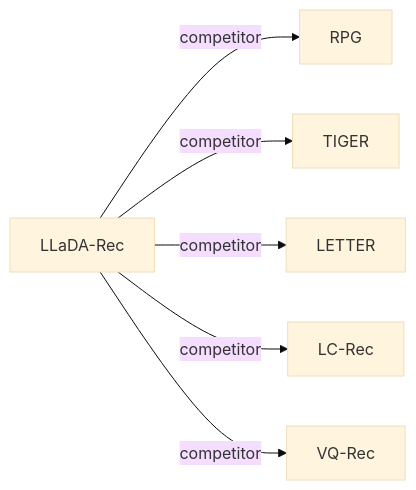
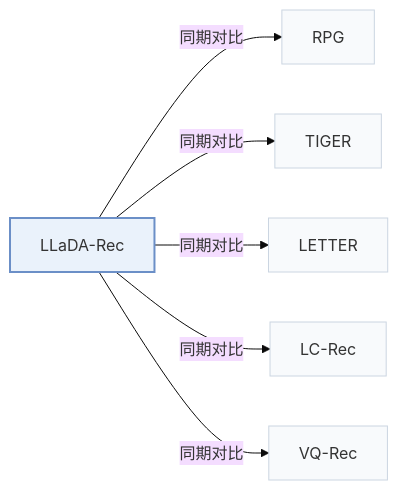
The fourth of 4 diagrams in pages/zh/papers/llada-rec.md (Galaxy-ghost/Awesome-SID-Generative-Rec), drawn with Mermaid (base theme) before and after one commit. The commit also changed other lines of this file and 649 other files, not shown here.

Commit message:
writer-05: also tags and modality index (schema, check, build, visuals); summary field removed; calibration data for 12 papers

````diff
--- a/pages/zh/papers/llada-rec.md
+++ b/pages/zh/papers/llada-rec.md
@@ -135,9 +147,13 @@
 ```mermaid
 flowchart LR
     P["LLaDA-Rec"]
-    P -->|competitor| A["RPG"]
-    P -->|competitor| B["TIGER"]
-    P -->|competitor| C["LETTER"]
-    P -->|competitor| D["LC-Rec"]
-    P -->|competitor| E["VQ-Rec"]
+    P -->|"同期对比"| A["RPG"]
+    P -->|"同期对比"| B["TIGER"]
+    P -->|"同期对比"| C["LETTER"]
+    P -->|"同期对比"| D["LC-Rec"]
+    P -->|"同期对比"| E["VQ-Rec"]
+    classDef main fill:#eaf2fb,stroke:#6b8fc7,stroke-width:2px
+    classDef peer fill:#f8fafc,stroke:#cbd5e1
+    class P main
+    class A,B,C,D,E peer
 ```
````
